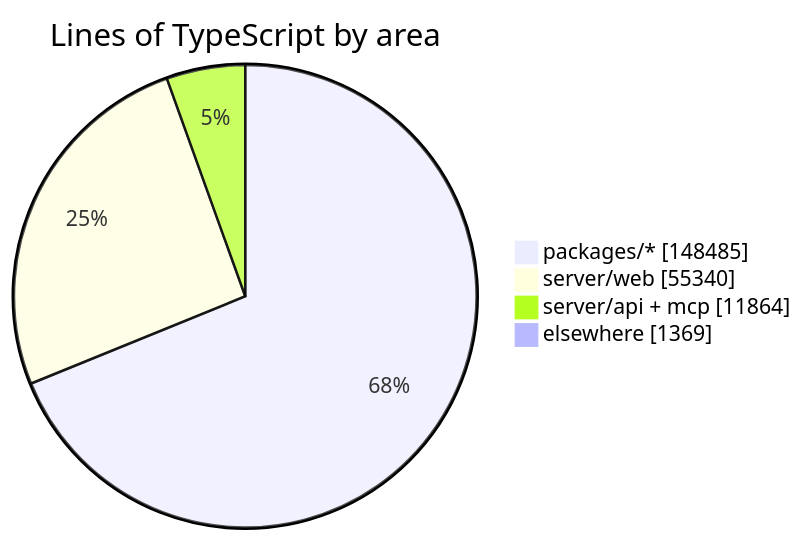
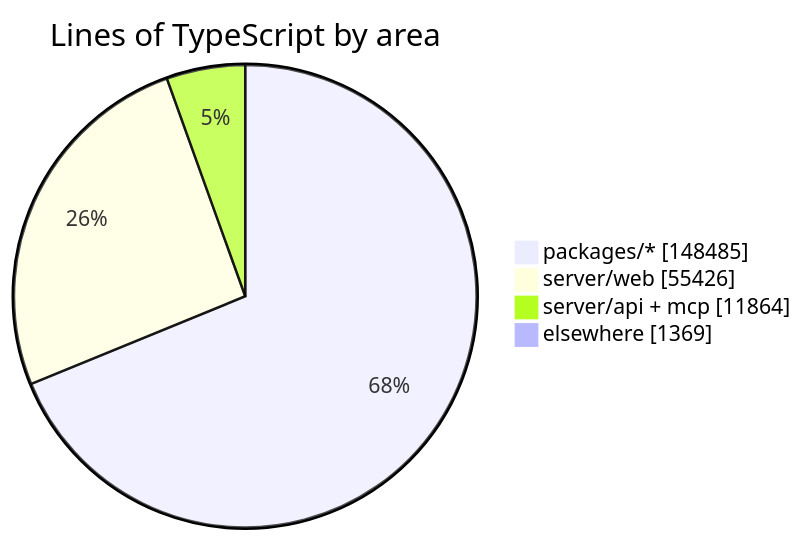
One commit to crossworks-engineering/mantle changed the diagram in README.md. Above: the diagram before and after it, drawn with Mermaid. The commit also changed other lines of this file and 2 other files, not shown here.

````diff
--- a/README.md
+++ b/README.md
@@ -279,7 +279,7 @@
 ```mermaid
 pie showData title Lines of TypeScript by area
     "packages/*" : 148485
-    "server/web" : 55340
+    "server/web" : 55426
     "server/api + mcp" : 11864
     "elsewhere" : 1369
 ```
````
